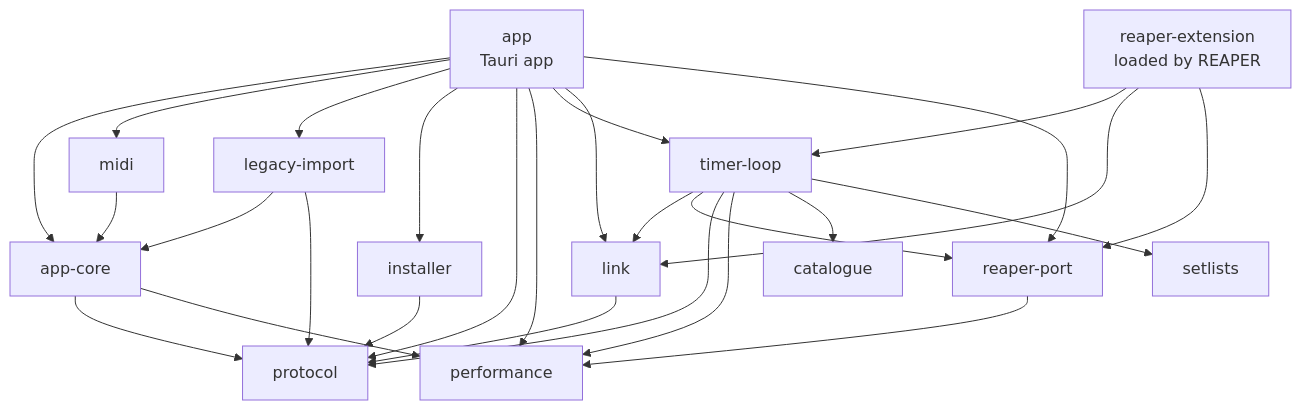
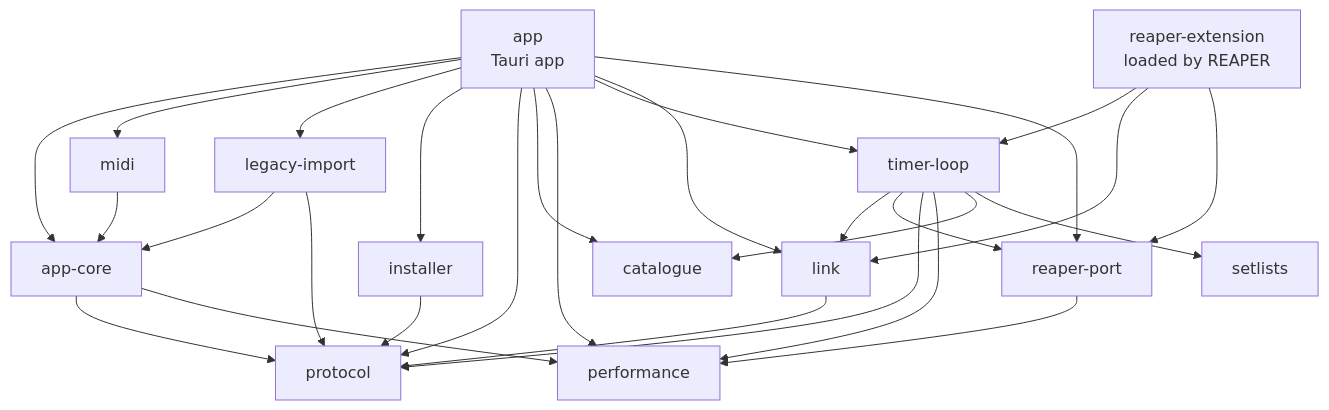
The diagram in crates/README.md (theupriser/reaper-control), drawn with Mermaid before and after one commit. The commit also changed 19 other files, not shown here.

````diff
--- a/crates/README.md
+++ b/crates/README.md
@@ -32,31 +32,32 @@
 ```mermaid
 flowchart TD
     app[app<br/>Tauri app]
     extension[reaper-extension<br/>loaded by REAPER]
     app --> appcore[app-core]
     app --> midi
     app --> legacy[legacy-import]
     app --> installer
     app --> protocol
+    app --> catalogue
     app --> performance
     app --> timer
     app --> link
     app --> reaperport[reaper-port]
     midi --> appcore
     legacy --> appcore
     legacy --> protocol
     installer --> protocol
     appcore --> protocol
     appcore --> performance
     extension --> timer[timer-loop]
     extension --> link
     extension --> reaperport
     timer --> link
     timer --> reaperport
     timer --> protocol
     timer --> performance
     timer --> catalogue
     timer --> setlists
     link --> protocol
     reaperport --> performance
 ```
````
